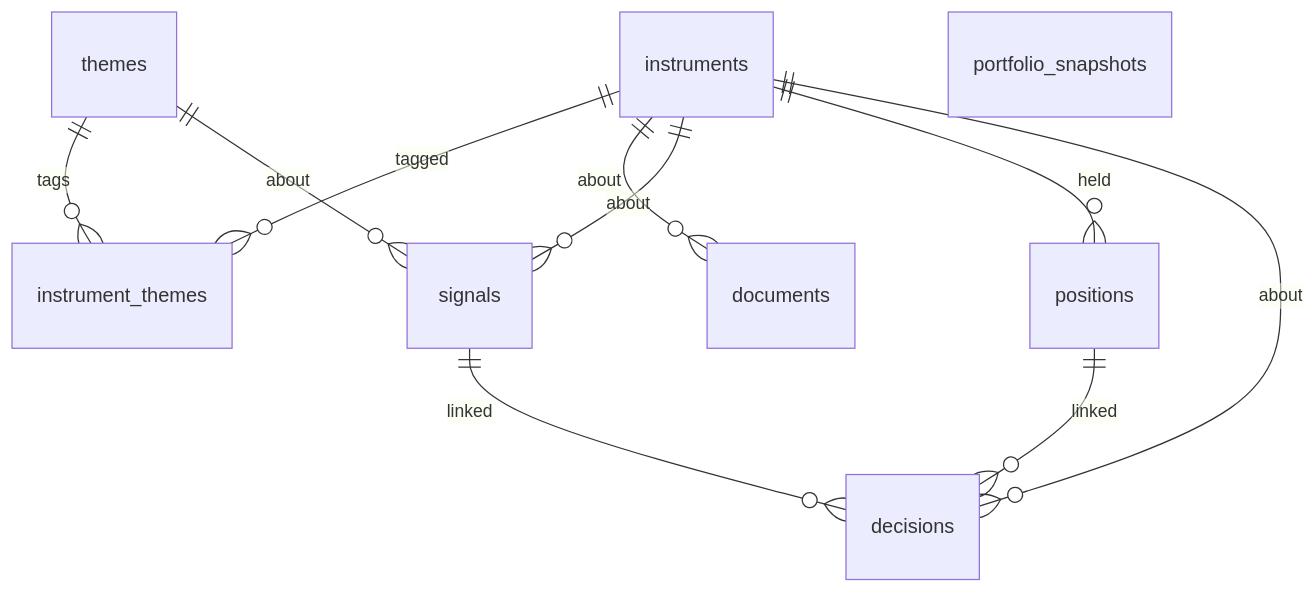
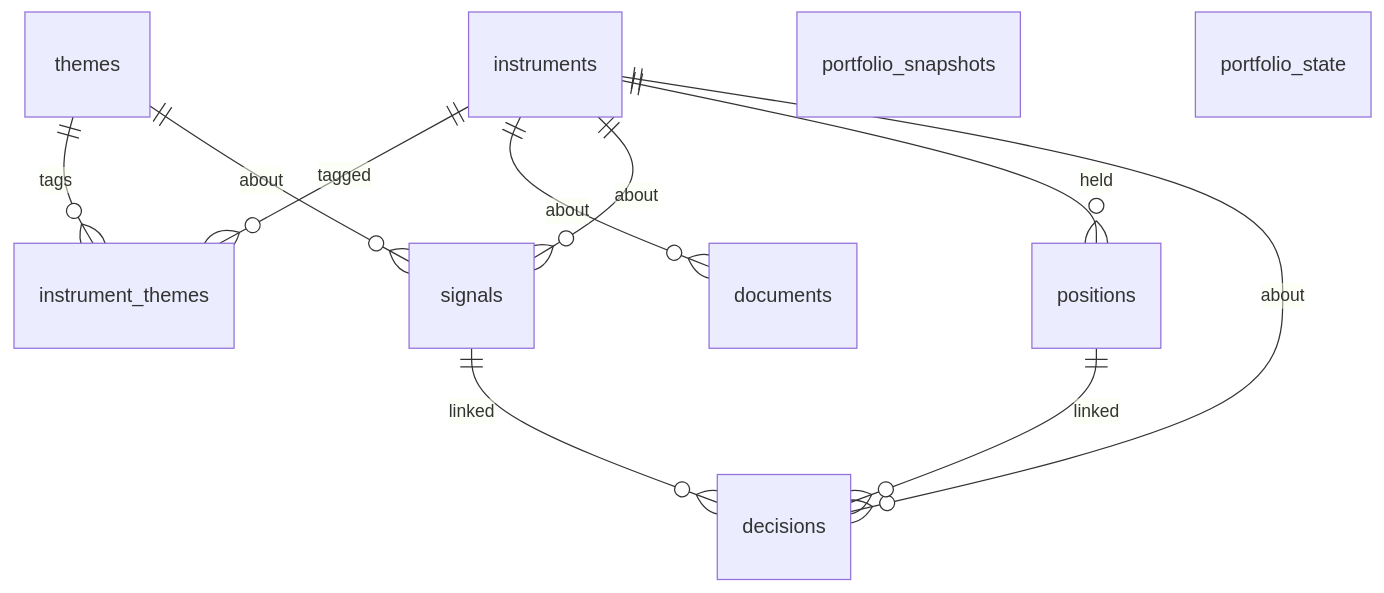
Before and after one commit to cpascoli/powerfund: the diagram in architecture/data-model.md, drawn with Mermaid. The commit also changed other lines of this file and 12 other files, not shown here.

````diff
--- a/architecture/data-model.md
+++ b/architecture/data-model.md
@@ -7,13 +7,14 @@
 ```mermaid
 erDiagram
   themes ||--o{ instrument_themes : tags
   instruments ||--o{ instrument_themes : tagged
   instruments ||--o{ documents : about
   instruments ||--o{ signals : about
   themes ||--o{ signals : about
   instruments ||--o{ positions : held
   instruments ||--o{ decisions : about
   positions ||--o{ decisions : linked
   signals ||--o{ decisions : linked
   portfolio_snapshots
+  portfolio_state
 ```
````
